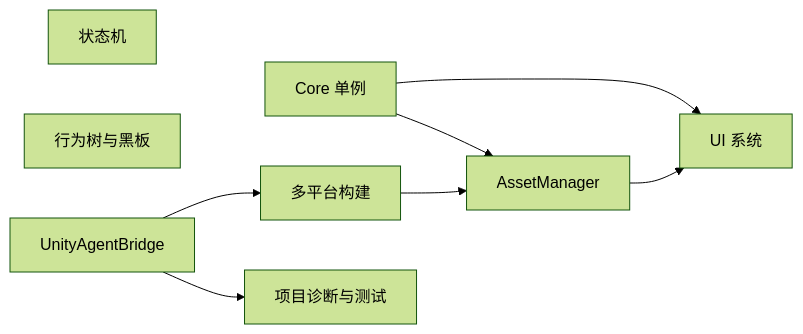
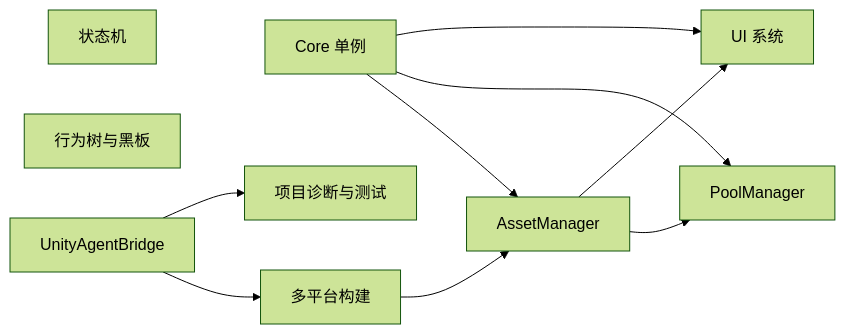
The diagram in README.md (Sheng2580/ShengGameFrame), drawn with Mermaid (forest theme) before and after one commit. The commit also changed other lines of this file and 37 other files, not shown here.

Commit message:
feat: add reusable pool manager

````diff
--- a/README.md
+++ b/README.md
@@ -23,11 +24,13 @@
 ```mermaid
 flowchart LR
     Core["Core 单例"] --> Assets["AssetManager"]
+    Core --> Pool["PoolManager"]
     Core --> UI["UI 系统"]
+    Assets --> Pool
     Assets --> UI
     State["状态机"]
     BT["行为树与黑板"]
     Build["多平台构建"] --> Assets
     Agent["UnityAgentBridge"] --> Build
     Agent --> Tests["项目诊断与测试"]
 ```
````
